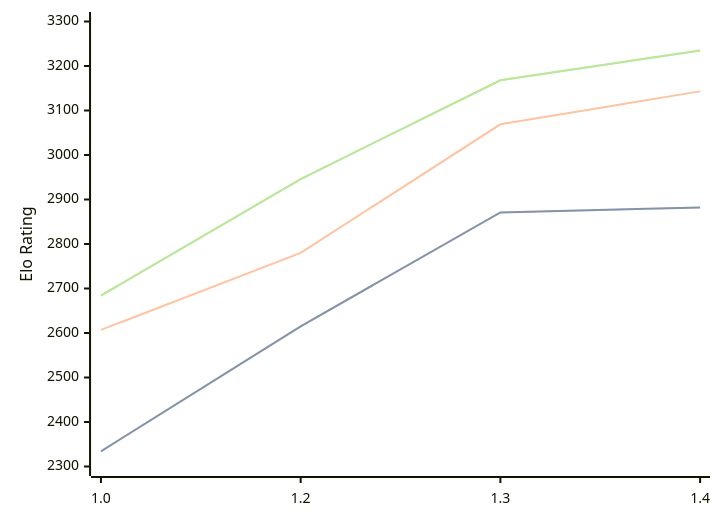
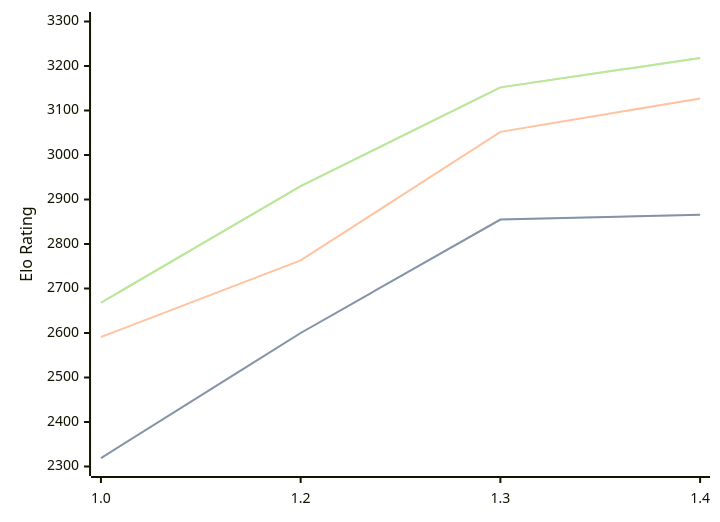
One commit to computer-chess-index/cci changed the diagram in engines/Chessnix.md. Above: the diagram before and after it, drawn with Mermaid. The commit also changed other lines of this file, not shown here.

Commit message:
Update CCI Ratings (ELO VLTC) - 2026-05-20

````diff
--- a/engines/Chessnix.md
+++ b/engines/Chessnix.md
@@ -36,11 +36,11 @@
 ```mermaid
 %%{init: {"theme":"base","themeVariables":{"seriesColors:['#a3a3a3','#222221','#faa371']}}}%%
 xychart-beta
   x-axis ["1.0", "1.2", "1.3", "1.4"]
   y-axis "Elo Rating" 2300 --> 3300
-  line "STC (8.0+0.08s)" [2334, 2615, 2871, 2882]
-  line "STC (8.0+0.08s)" [2334, 2615, 2871, 2882]
-  line "LTC (60.0+0.60s)" [2607, 2780, 3069, 3143]
-  line "VLTC (2m24s+1.12s)" [2684, 2946, 3168, 3235]
-  line "VLTC (2m24s+1.12s)" [2684, 2946, 3168, 3235]
+  line "STC (8.0+0.08s)" [2319, 2600, 2855, 2866]
+  line "STC (8.0+0.08s)" [2319, 2600, 2855, 2866]
+  line "LTC (60.0+0.60s)" [2591, 2763, 3052, 3127]
+  line "VLTC (2m24s+1.12s)" [2668, 2930, 3152, 3218]
+  line "VLTC (2m24s+1.12s)" [2668, 2930, 3152, 3218]
 ```
````
